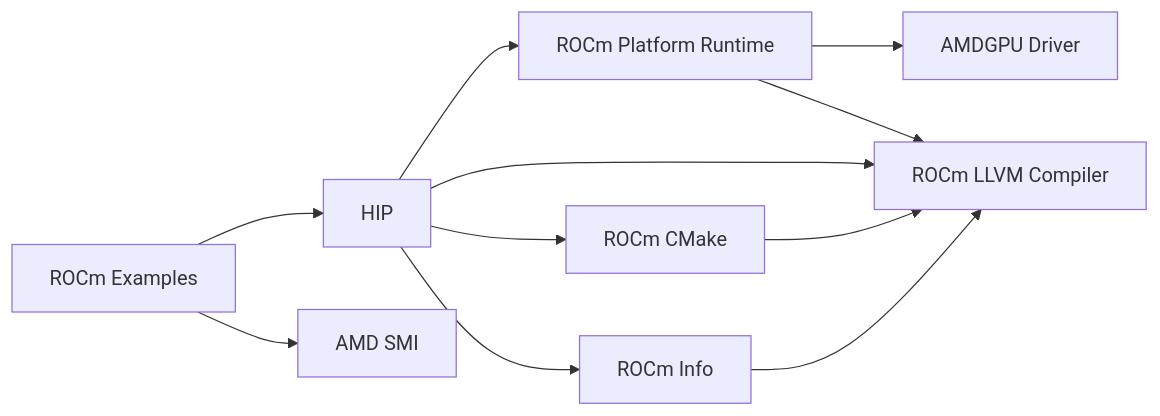
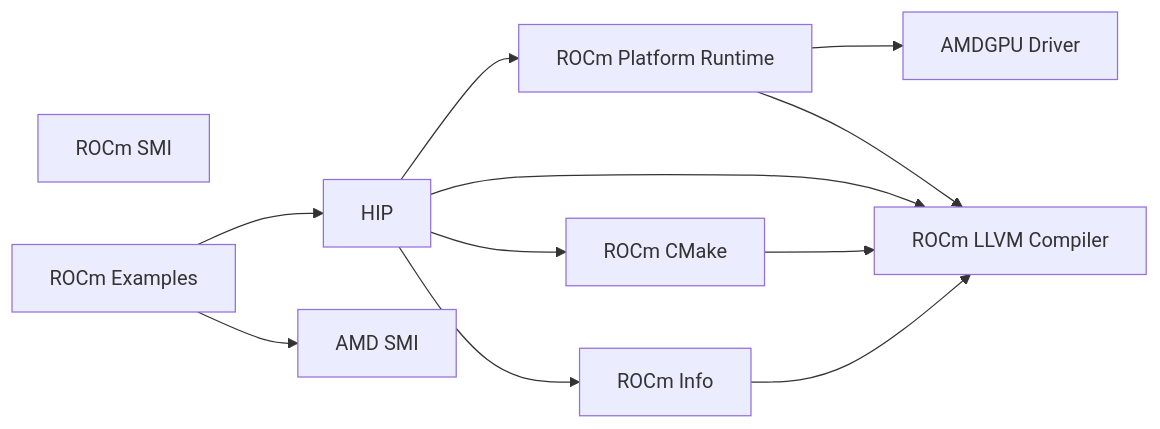
One commit to EESSI/docs changed the first of 5 diagrams in docs/site_specific_config/rocm.md. Above: the diagram before and after it, drawn with Mermaid. The commit also changed other lines of this file, not shown here.

Commit message:
Improved dependency graphs and added PyTorch dependencies

````diff
--- a/docs/site_specific_config/rocm.md
+++ b/docs/site_specific_config/rocm.md
@@ -140,25 +140,26 @@
 ```mermaid
 graph LR;
-    A[AMDGPU Driver]
-    B[ROCm Platform Runtime]
-    C[ROCm LLVM Compiler]
-    D[HIP]
-    E[AMD SMI]
-    F[ROCm CMake]
-    G[ROCm Info]
-    H[ROCm Examples]
+    driver[AMDGPU Driver]
+    runtime[ROCm Platform Runtime]
+    llvm[ROCm LLVM Compiler]
+    hip[HIP]
+    amdsmi[AMD SMI]
+    rocmsmi[ROCm SMI]
+    rocmcmake[ROCm CMake]
+    rocminfo[ROCm Info]
+    rocmexamples[ROCm Examples]
 
-    B --> A
-    B --> C
+    runtime --> driver
+    runtime --> llvm
 
-    D --> B
-    D --> C
-    D --> F
-    D --> G
+    hip --> runtime
+    hip --> llvm
+    hip --> rocmcmake
+    hip --> rocminfo
 
-    F --> C
-    G --> C
+    rocmcmake --> llvm
+    rocminfo --> llvm
 
-    H --> D
-    H --> E
+    rocmexamples --> hip
+    rocmexamples --> amdsmi
 ```
````
